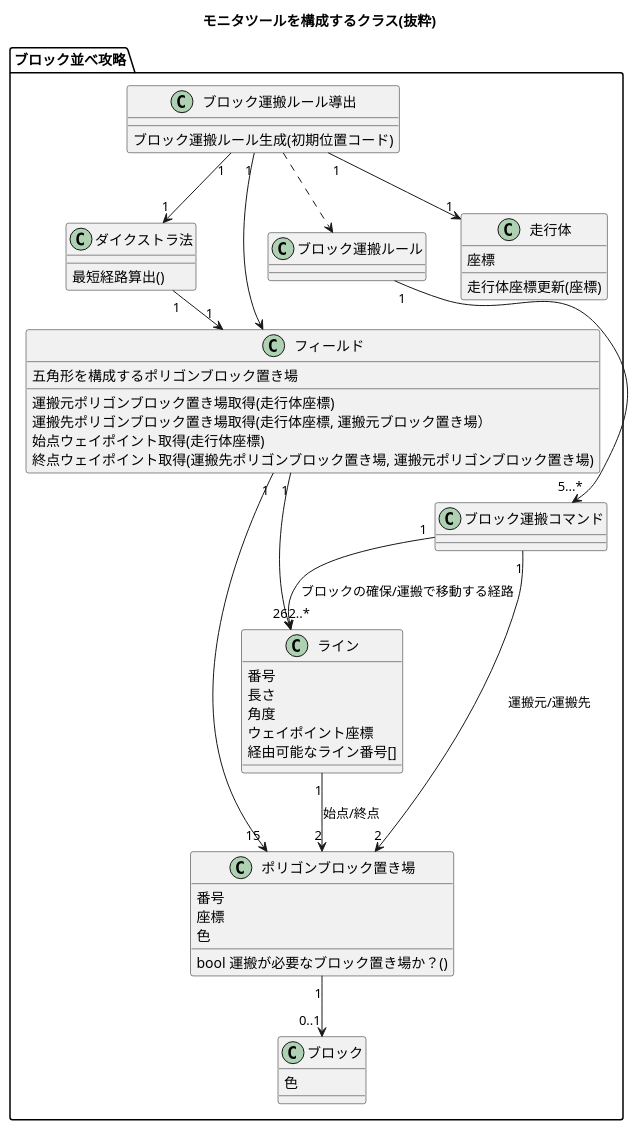
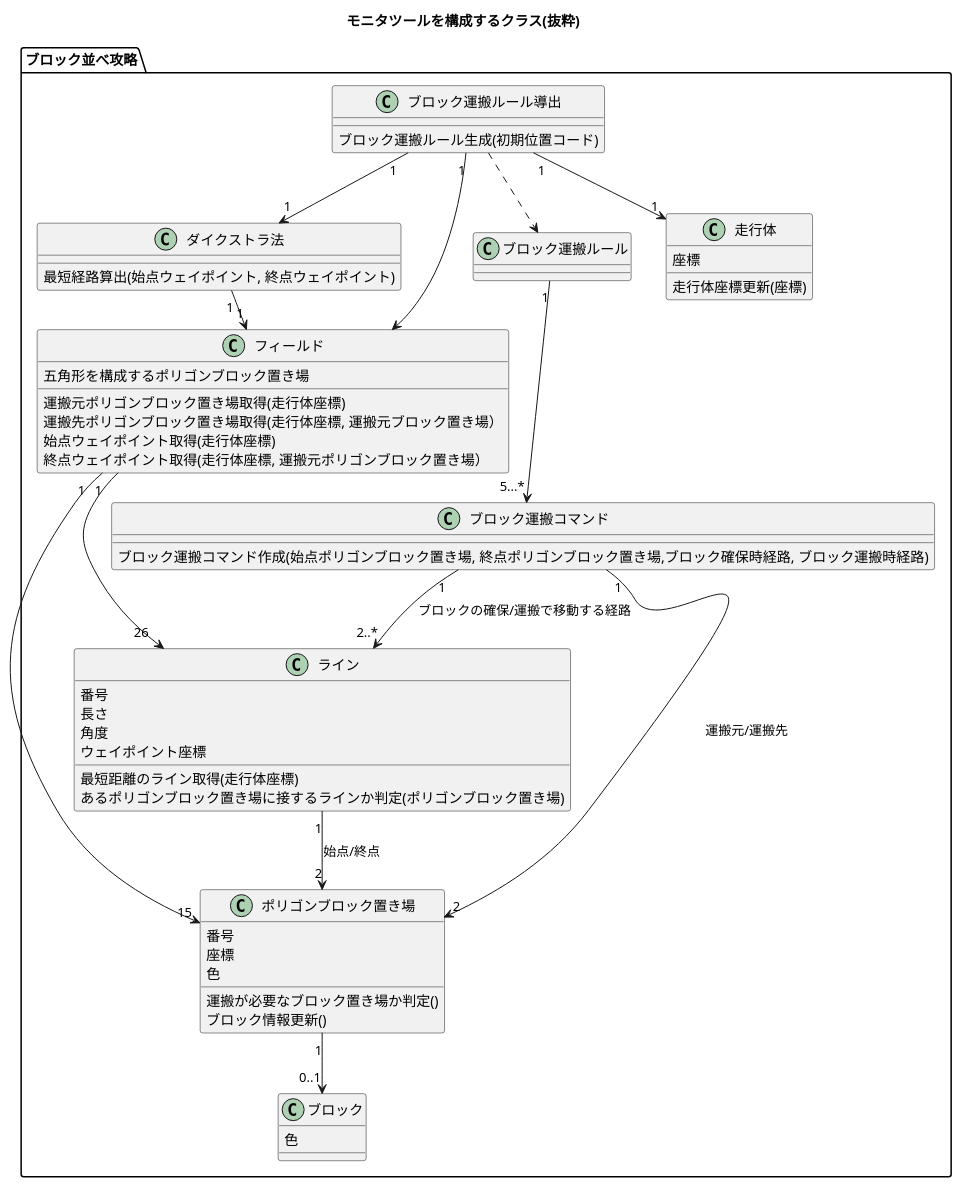
The diagram in 分析モデル/解法クラス図.puml (TK-R/ET2017-UML), drawn with PlantUML before and after one commit. The commit also changed 2 other files, not shown here.

Commit message:
トレーサビリティ確保のため、シーケンス図とクラス図巻のメソッド名称を統一

```diff
--- a/分析モデル/解法クラス図.puml
+++ b/分析モデル/解法クラス図.puml
@@ -1,77 +1,79 @@
 @startuml
 
 title モニタツールを構成するクラス(抜粋)
 
  
 package ブロック並べ攻略{
 	class フィールド {
 		五角形を構成するポリゴンブロック置き場
 		運搬元ポリゴンブロック置き場取得(走行体座標)
 		運搬先ポリゴンブロック置き場取得(走行体座標, 運搬元ブロック置き場）
 		始点ウェイポイント取得(走行体座標)
-		終点ウェイポイント取得(運搬先ポリゴンブロック置き場, 運搬元ポリゴンブロック置き場)
-    }
+		終点ウェイポイント取得(走行体座標, 運搬元ポリゴンブロック置き場）
+	}
 
     class ブロック運搬ルール導出{
         ブロック運搬ルール生成(初期位置コード)
     }
 
     class ブロック運搬コマンド{
-
+	ブロック運搬コマンド作成(始点ポリゴンブロック置き場, 終点ポリゴンブロック置き場,ブロック確保時経路, ブロック運搬時経路)
     }
 
     ブロック運搬コマンド "1"-->"2..*" ライン : ブロックの確保/運搬で移動する経路
     ブロック運搬コマンド "1"-->"2" ポリゴンブロック置き場 : 運搬元/運搬先
 
     class ポリゴンブロック置き場{
         番号
         座標
         色
-		bool 運搬が必要なブロック置き場か？()
+		運搬が必要なブロック置き場か判定()
+		ブロック情報更新()
 	}
     
     class ブロック {
         色
     }
 
     ポリゴンブロック置き場 "1" --> "0..1" ブロック
 
     class ブロック運搬ルール {
 
     }
 
     ブロック運搬ルール導出 ..> ブロック運搬ルール
     ブロック運搬ルール "1" --> "5...*" ブロック運搬コマンド
 
     ブロック運搬ルール導出 "1" --> フィールド
     フィールド  "1" -->"26" ライン
     フィールド "1" --> "15" ポリゴンブロック置き場
  
     class ライン{
         番号
         長さ
         角度
         ウェイポイント座標
-        経由可能なライン番号[]
+		最短距離のライン取得(走行体座標)
+		あるポリゴンブロック置き場に接するラインか判定(ポリゴンブロック置き場)
     }
 
     ライン "1" --> "2" ポリゴンブロック置き場 : 始点/終点 
     class ダイクストラ法{
-        最短経路算出()
+        最短経路算出(始点ウェイポイント, 終点ウェイポイント)
     }
     
     ダイクストラ法 "1" ->  "1" フィールド
   
     class 走行体 {
         座標
         走行体座標更新(座標)
     }
 
     ブロック運搬ルール導出 "1" --> "1" 走行体
     ブロック運搬ルール導出 "1" --> "1" ダイクストラ法
 
 }
 
 
 
 @enduml
```
